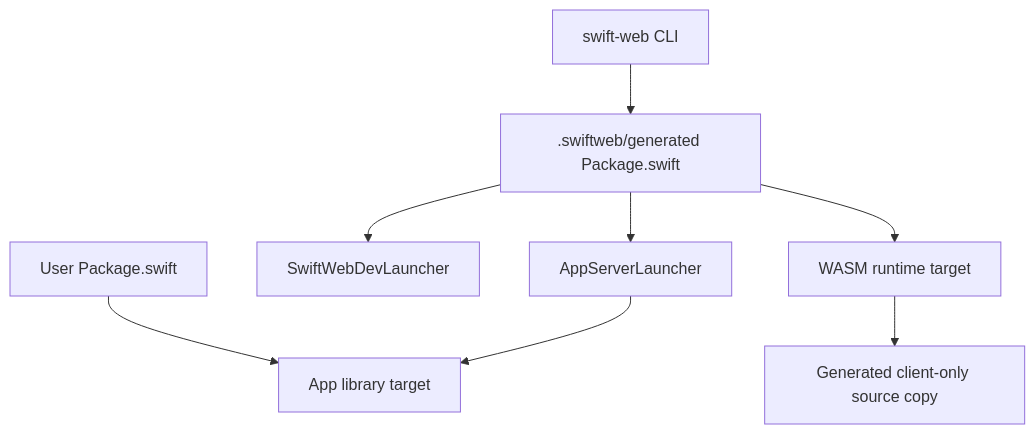
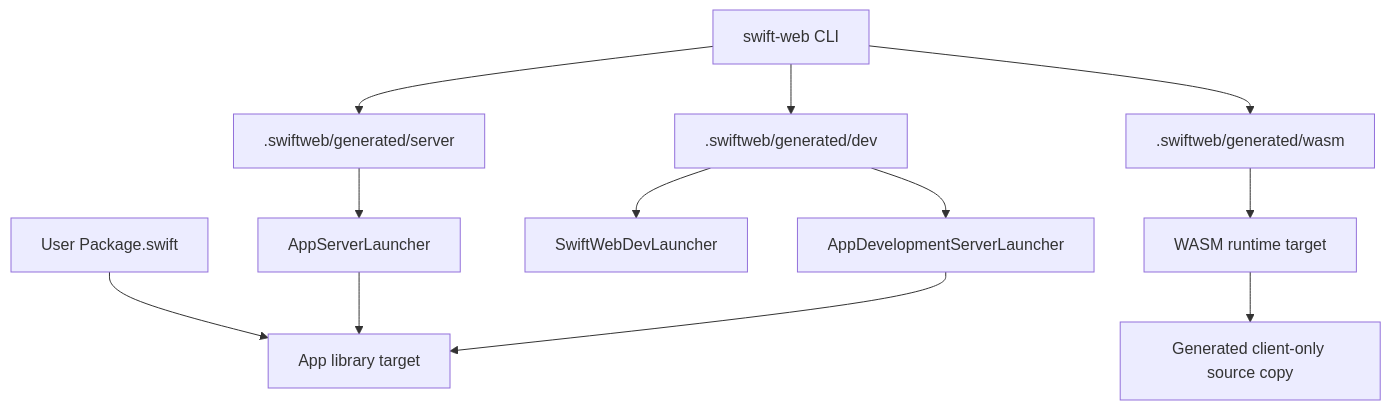
Before and after one commit to 1amageek/swift-web: the second of 6 diagrams in Sources/SwiftWebCLI/README.md, drawn with Mermaid. The commit also changed other lines of this file and 60 other files, not shown here.

Commit message:
Integrate client WASM split loading and HMR

````diff
--- a/Sources/SwiftWebCLI/README.md
+++ b/Sources/SwiftWebCLI/README.md
@@ -39,10 +39,14 @@
 ```mermaid
 flowchart TD
   A["User Package.swift"] --> B["App library target"]
-  C["swift-web CLI"] --> D[".swiftweb/generated Package.swift"]
-  D --> E["SwiftWebDevLauncher"]
-  D --> F["AppServerLauncher"]
-  D --> G["WASM runtime target"]
-  F --> B
-  G --> H["Generated client-only source copy"]
+  C["swift-web CLI"] --> D[".swiftweb/generated/server"]
+  C --> E[".swiftweb/generated/dev"]
+  C --> F[".swiftweb/generated/wasm"]
+  D --> G["AppServerLauncher"]
+  E --> H["SwiftWebDevLauncher"]
+  E --> I["AppDevelopmentServerLauncher"]
+  F --> J["WASM runtime target"]
+  G --> B
+  I --> B
+  J --> K["Generated client-only source copy"]
 ```
````
